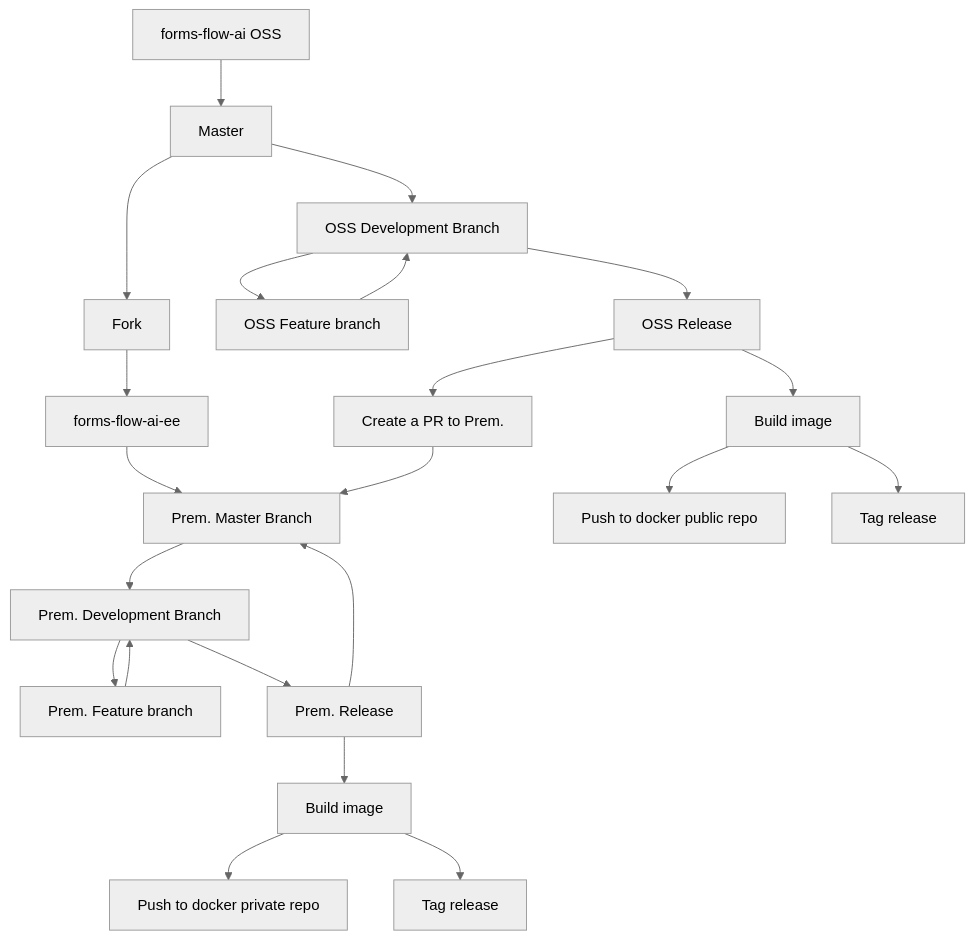
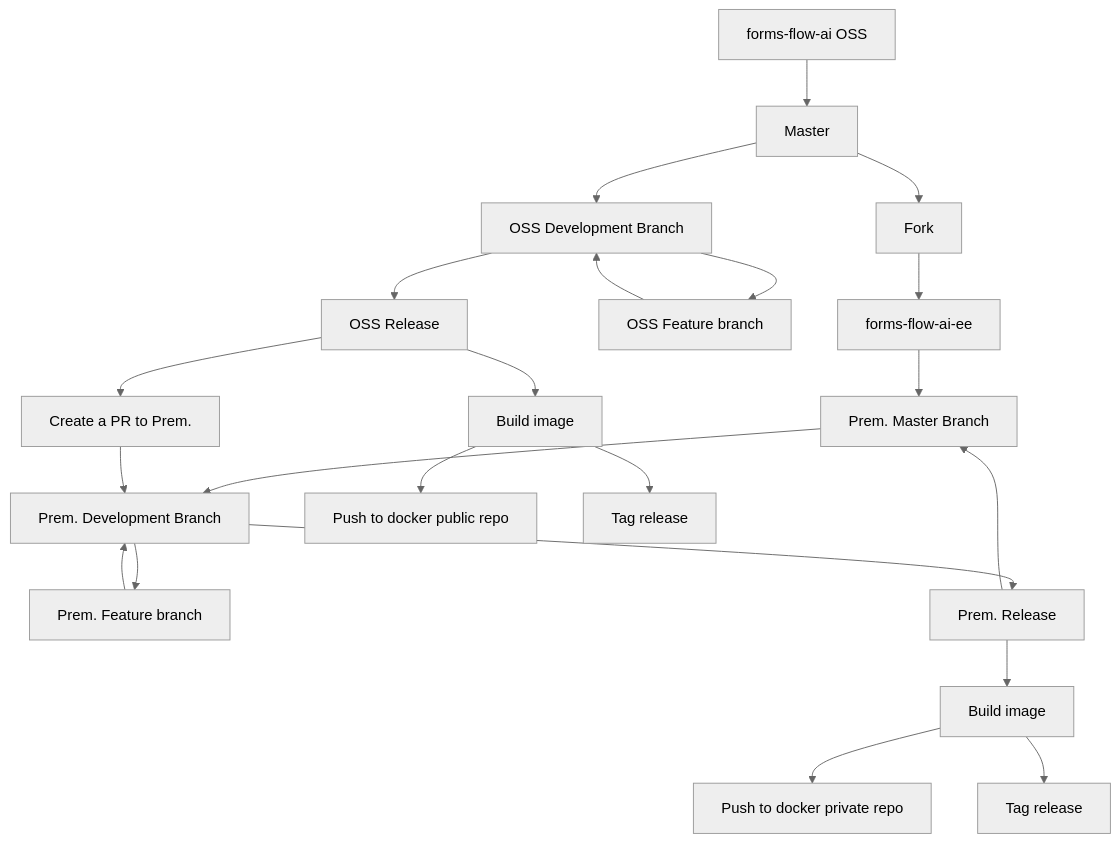
The second of 2 diagrams in rfcs/packaging-changes.md (sumesh-aot/forms-flow-ai-rfcs), drawn with Mermaid (neutral theme) before and after one commit.

````diff
--- a/rfcs/packaging-changes.md
+++ b/rfcs/packaging-changes.md
@@ -40,26 +40,26 @@
 ```mermaid
 graph TD
   S1[forms-flow-ai OSS] --> C2[Master]
   C2 --> S2[Fork]
   S2 --> S3[forms-flow-ai-ee]
   S3 --> S4[Prem. Master Branch]
   S4 --> C3[Prem. Development Branch]
   C3 --> C4[Prem. Feature branch]
   C4 --> C3
   C3 --> C5[Prem. Release]
   C5 --> C6[Build image]
   C6 --> C8[Push to docker private repo]
   C6 --> C7[Tag release]
   C5 --> S4
 
   C2 --> O3[OSS Development Branch]
   O3 --> O4[OSS Feature branch]
   O4 --> O3
   O3 --> O5[OSS Release]
   O5 --> O6[Build image]
   O6 --> O9[Push to docker public repo]
   O6 --> O8[Tag release]
   O5 --> O7[Create a PR to Prem.]
-  O7 --> S4
+  O7 --> C3
 
 ```
````
